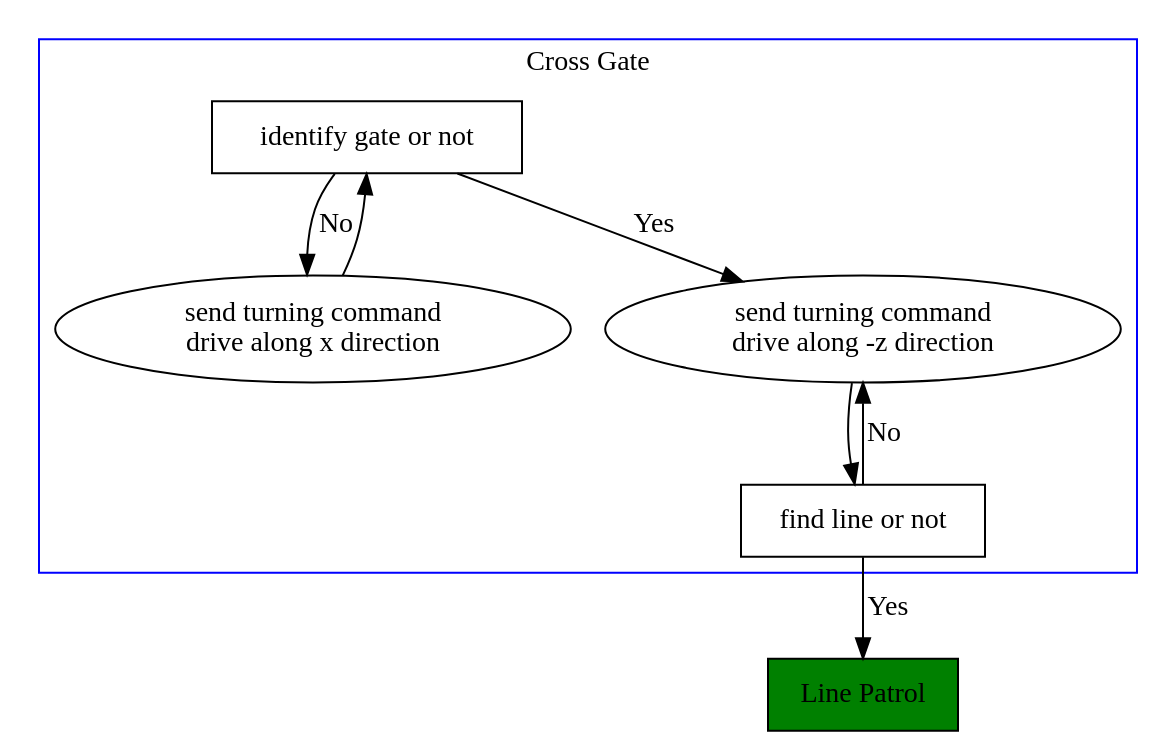
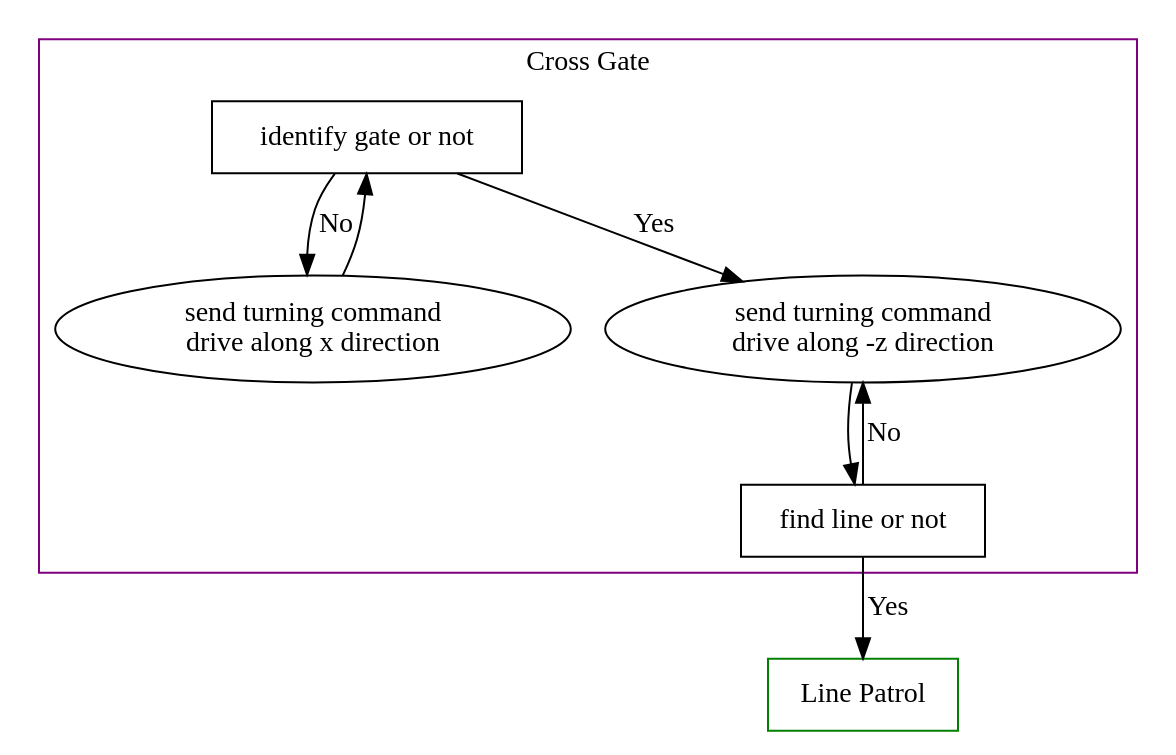
One commit to TDPS-Mihotel/Mihotel changed the diagram in flow_chart/cross_gate.dot. Above: the diagram before and after it, drawn with Graphviz. The commit also changed 7 other files, not shown here.

```diff
--- a/flow_chart/cross_gate.dot
+++ b/flow_chart/cross_gate.dot
@@ -1,16 +1,16 @@
 digraph G {
     compound=true;
     subgraph cluster0 {
-        color=blue
+        color=purple
         label="Cross Gate"
         "identify gate or not" [shape=box]
         "identify gate or not" -> "send turning command\ndrive along x direction" [label="No"]
         "send turning command\ndrive along x direction" -> "identify gate or not"
         "identify gate or not" -> "send turning command\ndrive along -z direction" [label="Yes"]
         "find line or not" [shape=box]
         "send turning command\ndrive along -z direction" -> "find line or not"
         "find line or not" -> "send turning command\ndrive along -z direction" [label="No"]
     }
-    "Line Patrol" [shape=box fillcolor=green style=filled]
+    "Line Patrol" [shape=box color=green]
     "find line or not" -> "Line Patrol" [label="Yes"]
 }
```
